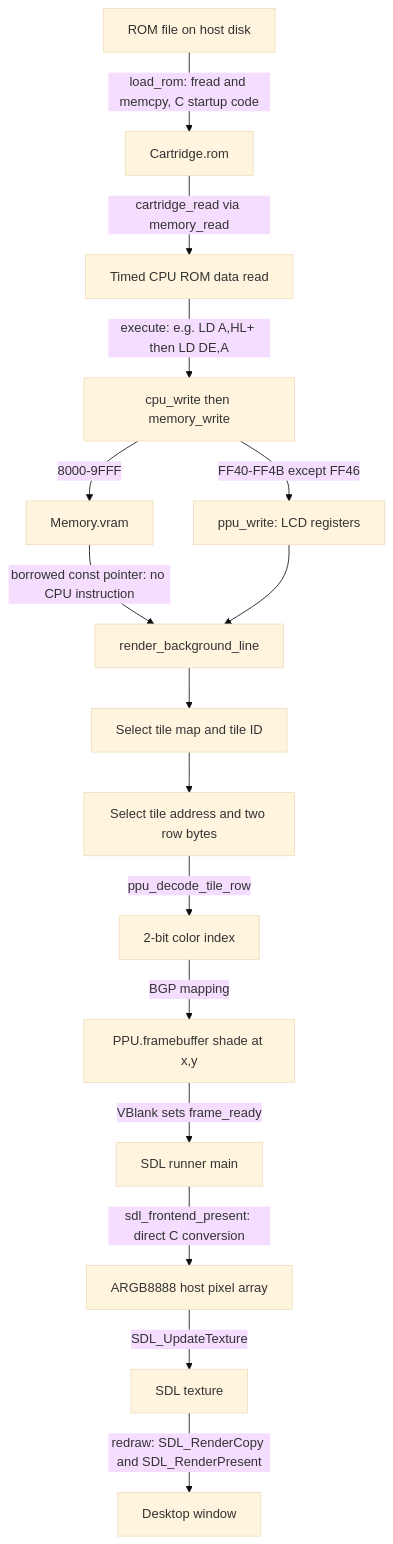
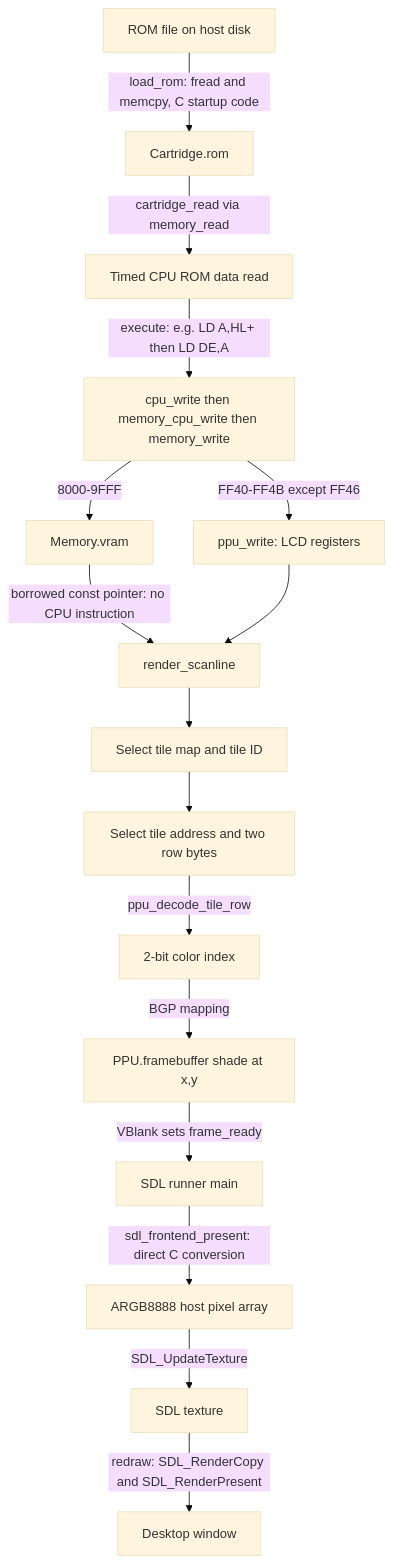
One commit to Nameless-Adroit/Gameboy-Emulator changed the diagram in GRAPHICS_TRACE.md. Above: the diagram before and after it, drawn with Mermaid (base theme). The commit also changed other lines of this file and 28 other files, not shown here.

````diff
--- a/GRAPHICS_TRACE.md
+++ b/GRAPHICS_TRACE.md
@@ -43,18 +43,18 @@
 ```mermaid
 flowchart TD
     FILE[ROM file on host disk] -->|load_rom: fread and memcpy, C startup code| CART[Cartridge.rom]
     CART -->|cartridge_read via memory_read| ROMREAD[Timed CPU ROM data read]
-    ROMREAD -->|execute: e.g. LD A,HL+ then LD DE,A| BUS[cpu_write then memory_write]
+    ROMREAD -->|execute: e.g. LD A,HL+ then LD DE,A| BUS[cpu_write then memory_cpu_write then memory_write]
     BUS -->|8000-9FFF| VRAM[Memory.vram]
     BUS -->|FF40-FF4B except FF46| REG[ppu_write: LCD registers]
-    VRAM -->|borrowed const pointer: no CPU instruction| LINE[render_background_line]
+    VRAM -->|borrowed const pointer: no CPU instruction| LINE[render_scanline]
     REG --> LINE
     LINE --> MAP[Select tile map and tile ID]
     MAP --> TILE[Select tile address and two row bytes]
     TILE -->|ppu_decode_tile_row| INDEX[2-bit color index]
     INDEX -->|BGP mapping| FB[PPU.framebuffer shade at x,y]
     FB -->|VBlank sets frame_ready| MAIN[SDL runner main]
     MAIN -->|sdl_frontend_present: direct C conversion| HOST[ARGB8888 host pixel array]
     HOST -->|SDL_UpdateTexture| TEX[SDL texture]
     TEX -->|redraw: SDL_RenderCopy and SDL_RenderPresent| SCREEN[Desktop window]
 ```
````
